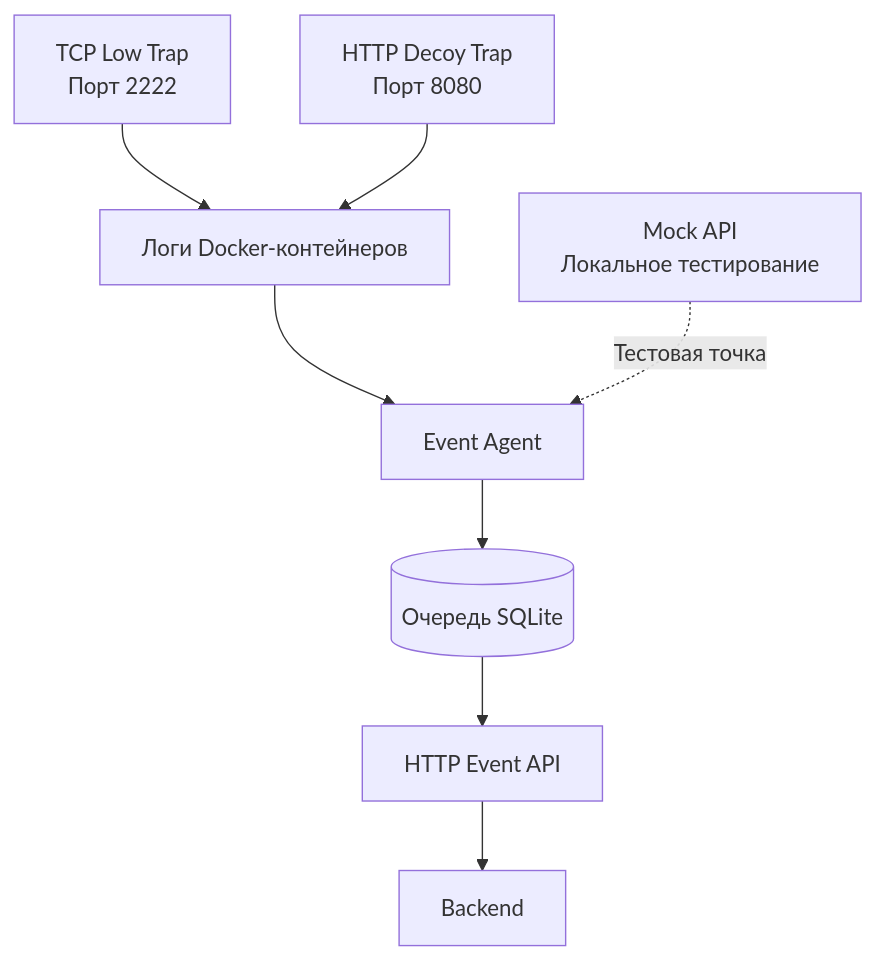
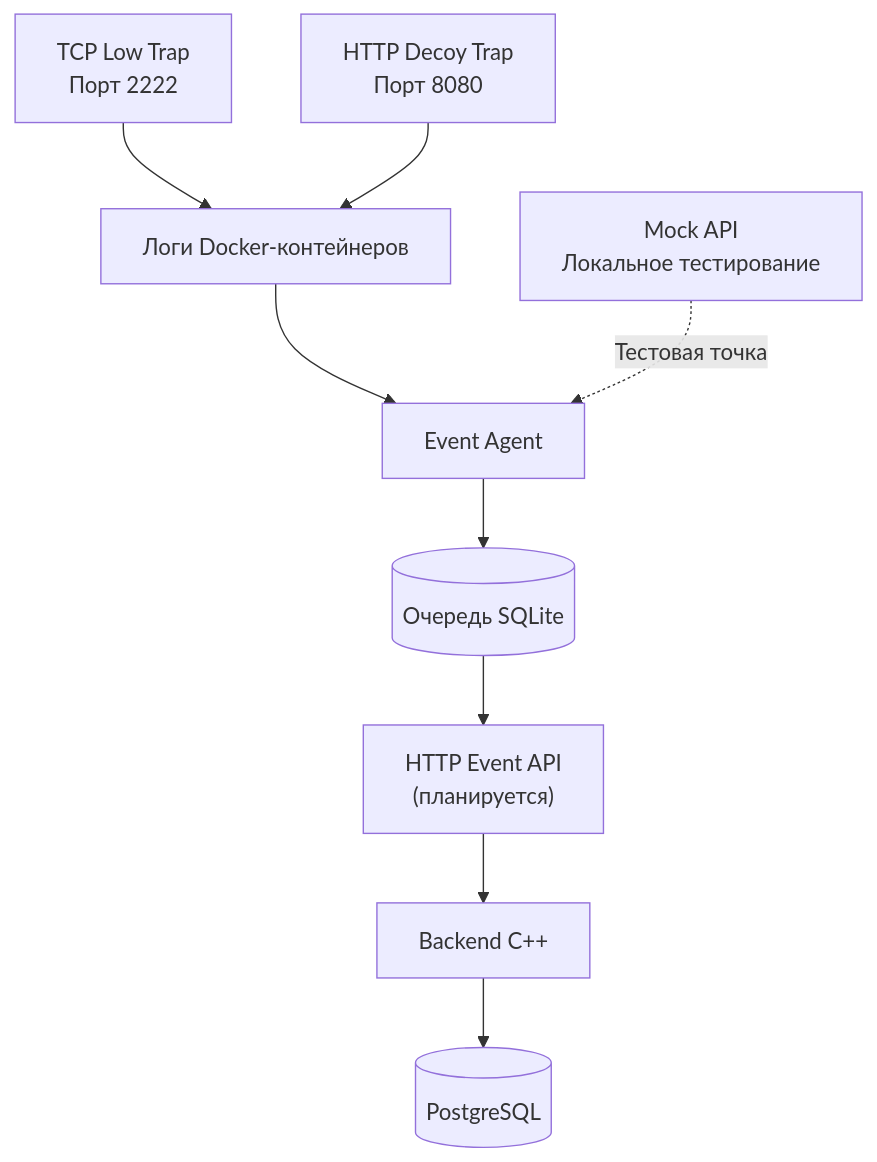
One commit to TundraZD/HoneyForge changed the first of 2 diagrams in README.md. Above: the diagram before and after it, drawn with Mermaid. The commit also changed other lines of this file, not shown here.

````diff
--- a/README.md
+++ b/README.md
@@ -49,10 +50,11 @@
 ```mermaid
 flowchart TD
     A["TCP Low Trap<br/>Порт 2222"] --> D["Логи Docker-контейнеров"]
     B["HTTP Decoy Trap<br/>Порт 8080"] --> D
     D --> E["Event Agent"]
     E --> F[("Очередь SQLite")]
-    F --> G["HTTP Event API"]
-    G --> H["Backend"]
+    F --> G["HTTP Event API<br/>(планируется)"]
+    G --> H["Backend C++"]
+    H --> J[("PostgreSQL")]
     I["Mock API<br/>Локальное тестирование"] -. "Тестовая точка" .-> E
 ```
````
